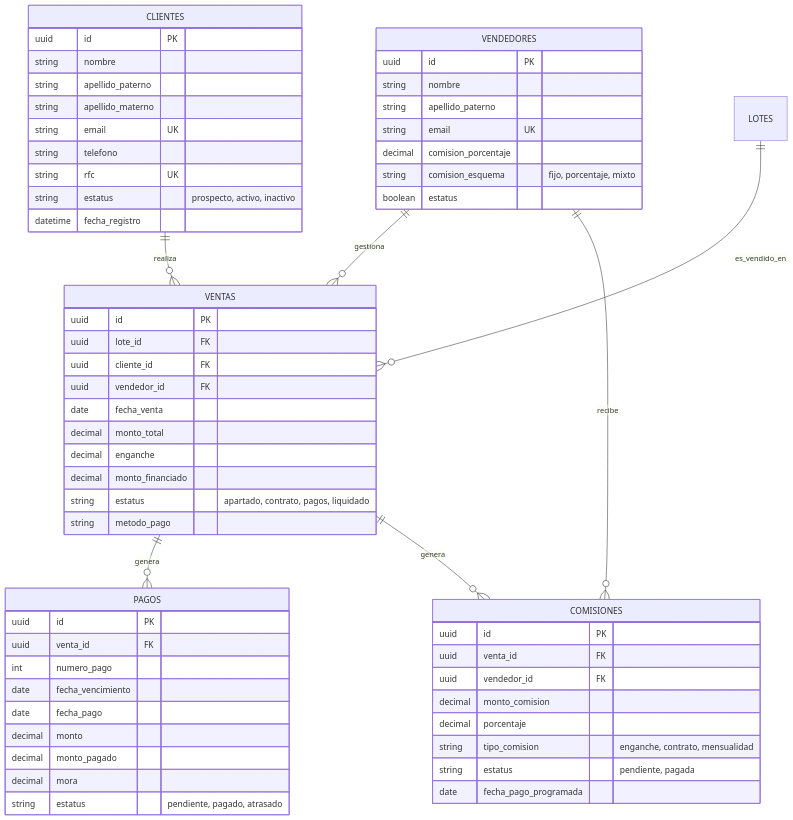
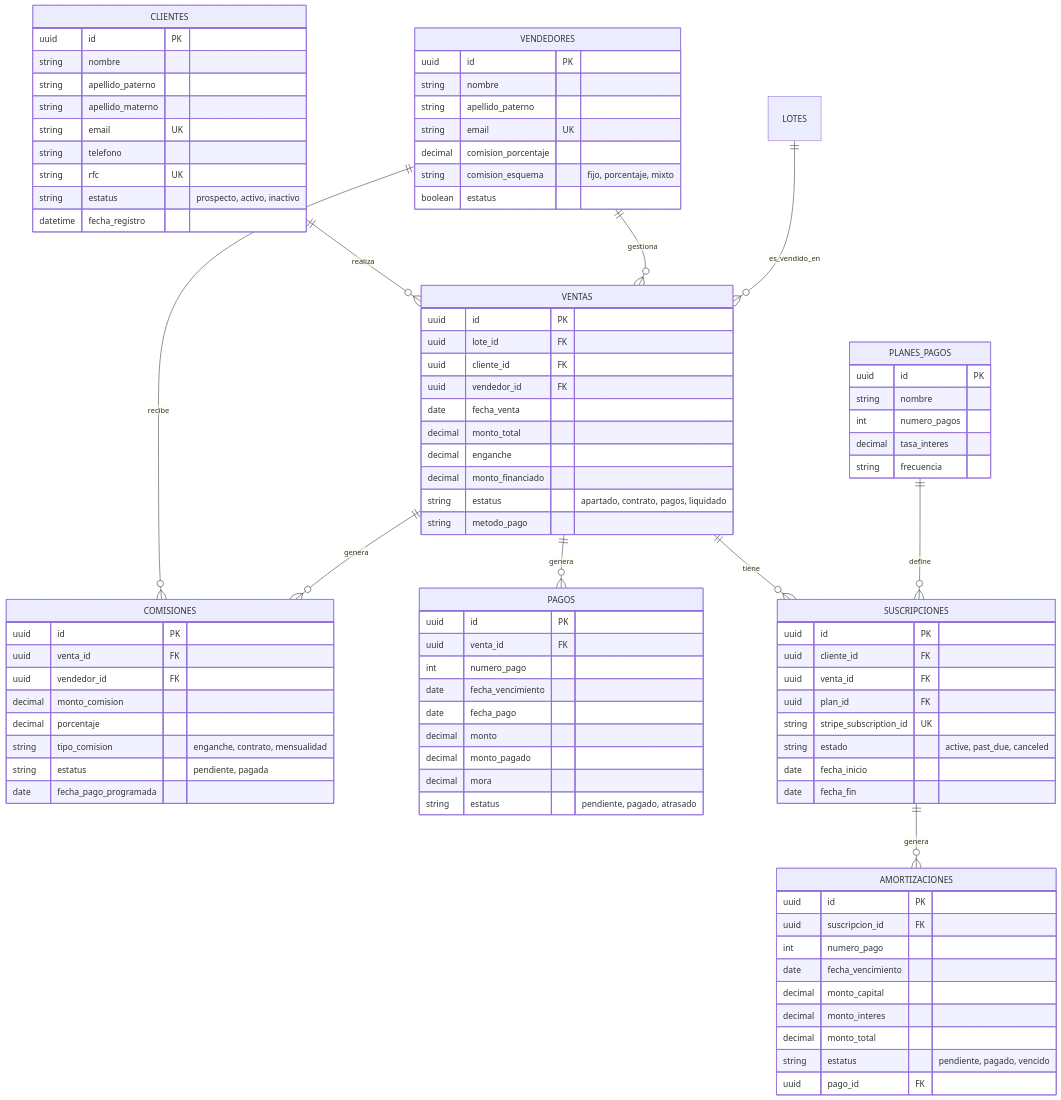
Before and after one commit to nhadadn/quintas-crm: the diagram in documentacion/ninja/ESQUEMA_BASE_DATOS_ERP.md, drawn with Mermaid. The commit also changed other lines of this file and 640 other files, not shown here.

````diff
--- a/documentacion/ninja/ESQUEMA_BASE_DATOS_ERP.md
+++ b/documentacion/ninja/ESQUEMA_BASE_DATOS_ERP.md
@@ -12,6 +12,9 @@
     LOTES ||--o{ VENTAS : es_vendido_en
     VENTAS ||--o{ PAGOS : genera
     VENTAS ||--o{ COMISIONES : genera
+    VENTAS ||--o{ SUSCRIPCIONES : tiene
+    SUSCRIPCIONES ||--o{ AMORTIZACIONES : genera
+    PLANES_PAGOS ||--o{ SUSCRIPCIONES : define
 
     CLIENTES {
         uuid id PK
@@ -70,4 +73,35 @@
         string estatus "pendiente, pagada"
         date fecha_pago_programada
     }
+
+    SUSCRIPCIONES {
+        uuid id PK
+        uuid cliente_id FK
+        uuid venta_id FK
+        uuid plan_id FK
+        string stripe_subscription_id UK
+        string estado "active, past_due, canceled"
+        date fecha_inicio
+        date fecha_fin
+    }
+
+    AMORTIZACIONES {
+        uuid id PK
+        uuid suscripcion_id FK
+        int numero_pago
+        date fecha_vencimiento
+        decimal monto_capital
+        decimal monto_interes
+        decimal monto_total
+        string estatus "pendiente, pagado, vencido"
+        uuid pago_id FK
+    }
+
+    PLANES_PAGOS {
+        uuid id PK
+        string nombre
+        int numero_pagos
+        decimal tasa_interes
+        string frecuencia
+    }
 ```
````
